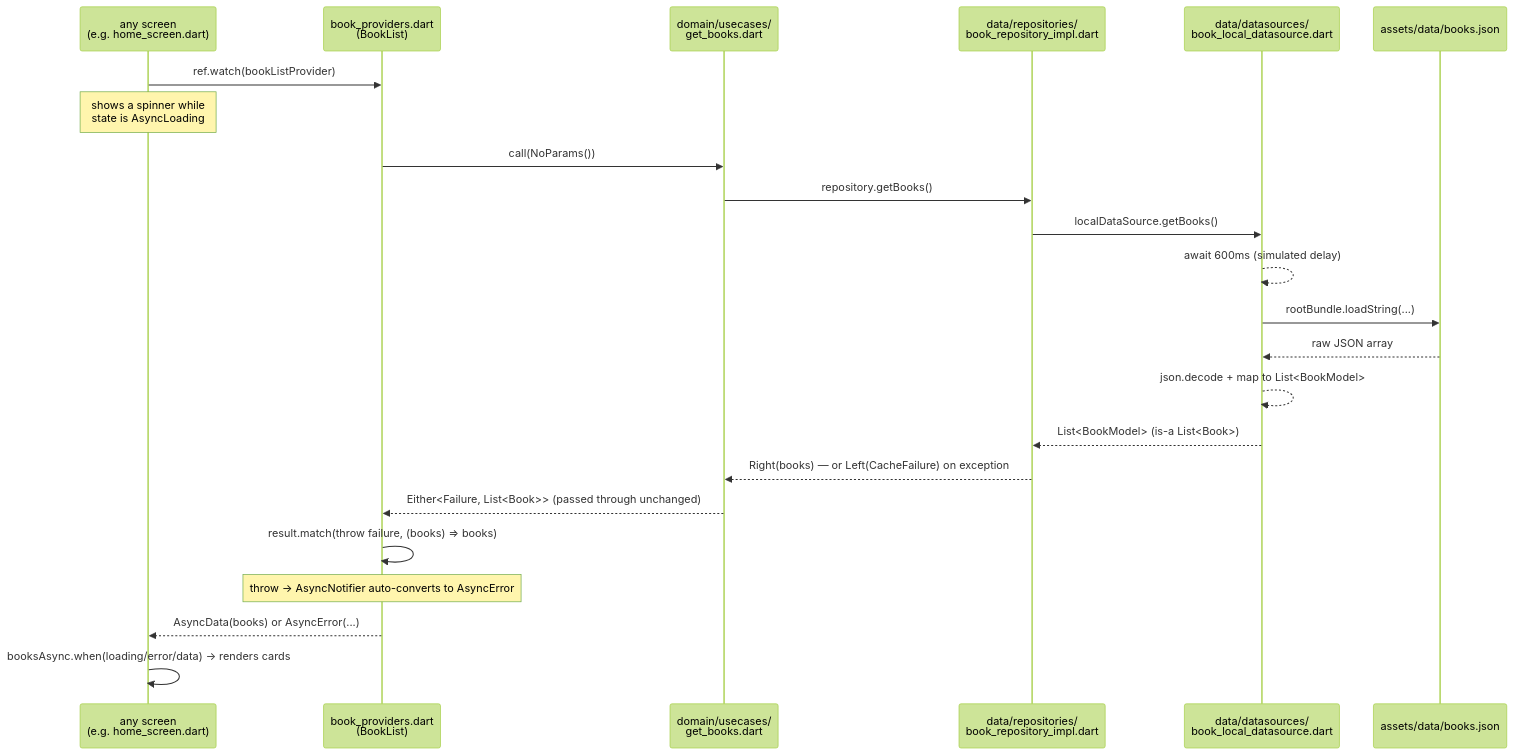
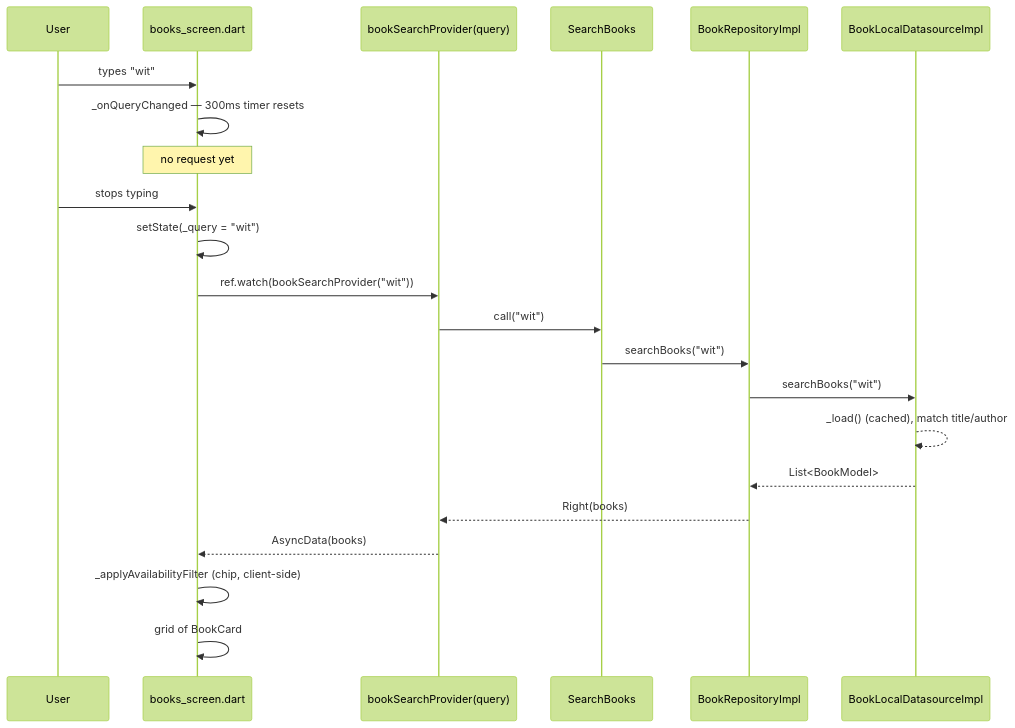
The fifth of 10 diagrams in ARCHITECTURE.md (malindu-asc/Libra), drawn with Mermaid (forest theme) before and after one commit. The commit also changed other lines of this file and 2 other files, not shown here.

````diff
--- a/ARCHITECTURE.md
+++ b/ARCHITECTURE.md
@@ -185,26 +231,25 @@
 ```mermaid
 sequenceDiagram
-    participant S as any screen<br/>(e.g. home_screen.dart)
-    participant P as book_providers.dart<br/>(BookList)
-    participant UC as domain/usecases/<br/>get_books.dart
-    participant R as data/repositories/<br/>book_repository_impl.dart
-    participant D as data/datasources/<br/>book_local_datasource.dart
-    participant J as assets/data/books.json
+    participant U as User
+    participant S as books_screen.dart
+    participant P as bookSearchProvider(query)
+    participant UC as SearchBooks
+    participant R as BookRepositoryImpl
+    participant D as BookLocalDatasourceImpl
 
-    S->>P: ref.watch(bookListProvider)
-    Note over S: shows a spinner while<br/>state is AsyncLoading
-    P->>UC: call(NoParams())
-    UC->>R: repository.getBooks()
-    R->>D: localDataSource.getBooks()
-    D-->>D: await 600ms (simulated delay)
-    D->>J: rootBundle.loadString(...)
-    J-->>D: raw JSON array
-    D-->>D: json.decode + map to List<BookModel>
-    D-->>R: List<BookModel>  (is-a List<Book>)
-    R-->>UC: Right(books)  — or Left(CacheFailure) on exception
-    UC-->>P: Either<Failure, List<Book>> (passed through unchanged)
-    P->>P: result.match(throw failure, (books) => books)
-    Note over P: throw → AsyncNotifier auto-converts to AsyncError
-    P-->>S: AsyncData(books) or AsyncError(...)
-    S->>S: booksAsync.when(loading/error/data) → renders cards
+    U->>S: types "wit"
+    S->>S: _onQueryChanged — 300ms timer resets
+    Note over S: no request yet
+    U->>S: stops typing
+    S->>S: setState(_query = "wit")
+    S->>P: ref.watch(bookSearchProvider("wit"))
+    P->>UC: call("wit")
+    UC->>R: searchBooks("wit")
+    R->>D: searchBooks("wit")
+    D-->>D: _load() (cached), match title/author
+    D-->>R: List<BookModel>
+    R-->>P: Right(books)
+    P-->>S: AsyncData(books)
+    S->>S: _applyAvailabilityFilter (chip, client-side)
+    S->>S: grid of BookCard
 ```
````
